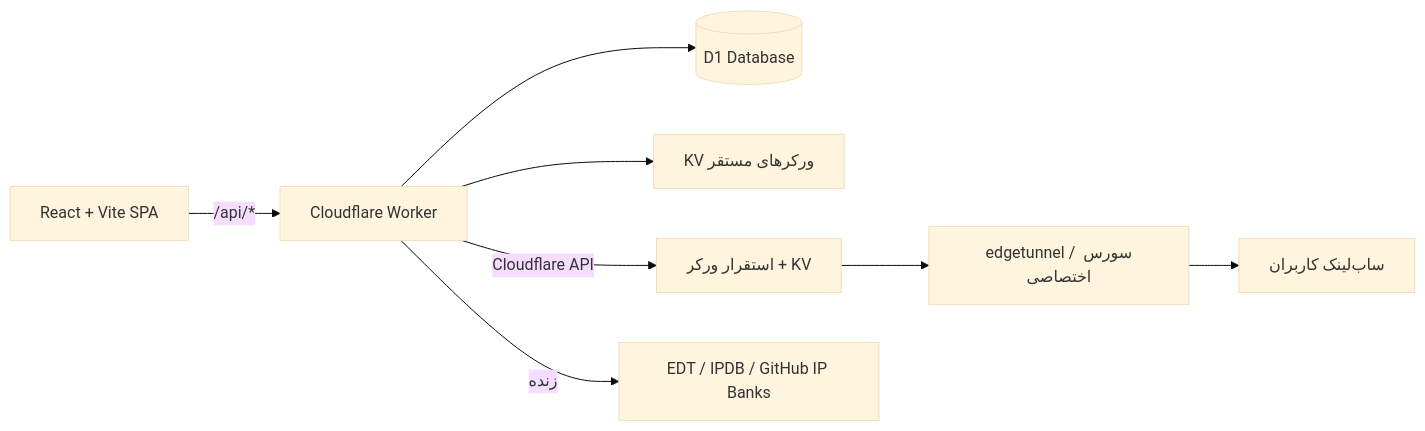
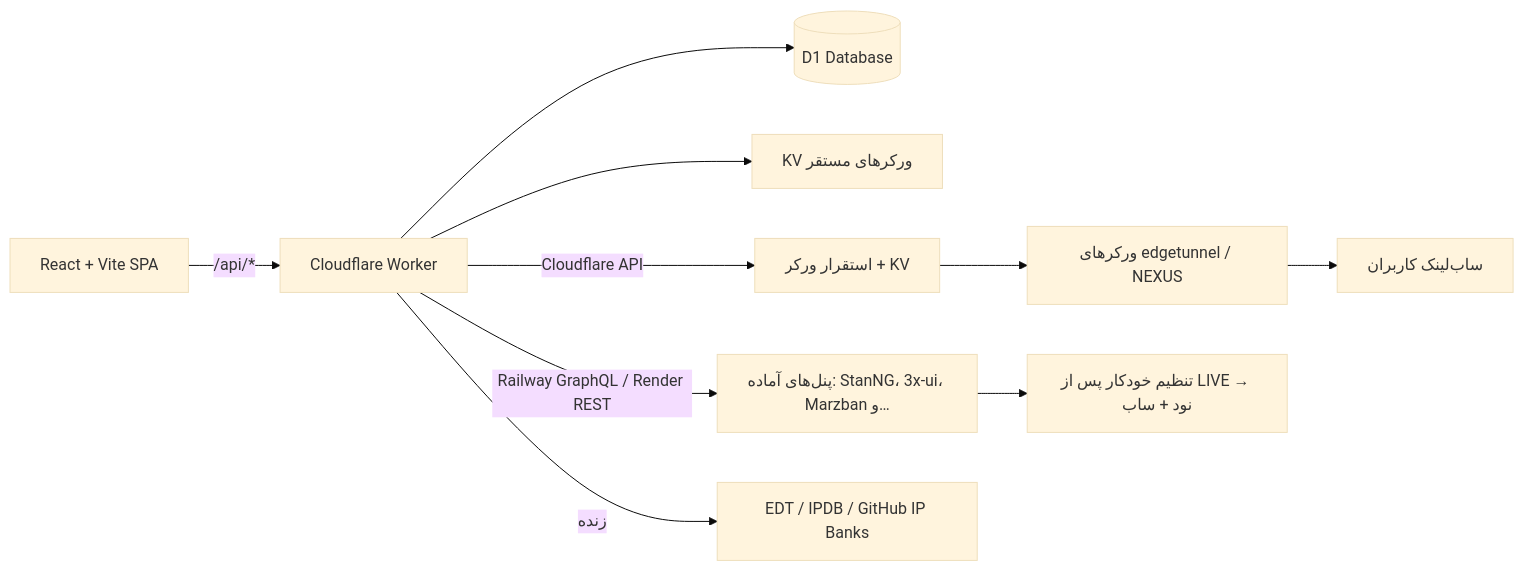
The diagram in README.md (miladjahani/miliconfigpro-v1), drawn with Mermaid (base theme) before and after one commit. The commit also changed other lines of this file and 13 other files, not shown here.

````diff
--- a/README.md
+++ b/README.md
@@ -67,10 +69,12 @@
 ```mermaid
 flowchart LR
     A[React + Vite SPA] -->|/api/*| B[Cloudflare Worker]
     B --> C[(D1 Database)]
     B --> D[KV ورکرهای مستقر]
     B -->|Cloudflare API| E[استقرار ورکر + KV]
-    B -->|زنده| F[EDT / IPDB / GitHub IP Banks]
-    E --> G[edgetunnel / سورس اختصاصی]
-    G --> H[ساب‌لینک کاربران]
+    B -->|Railway GraphQL / Render REST| F[پنل‌های آماده: StanNG، 3x-ui، Marzban و…]
+    B -->|زنده| G[EDT / IPDB / GitHub IP Banks]
+    E --> H[ورکرهای edgetunnel / NEXUS]
+    F --> I[تنظیم خودکار پس از LIVE → نود + ساب]
+    H --> J[ساب‌لینک کاربران]
 ```
````
